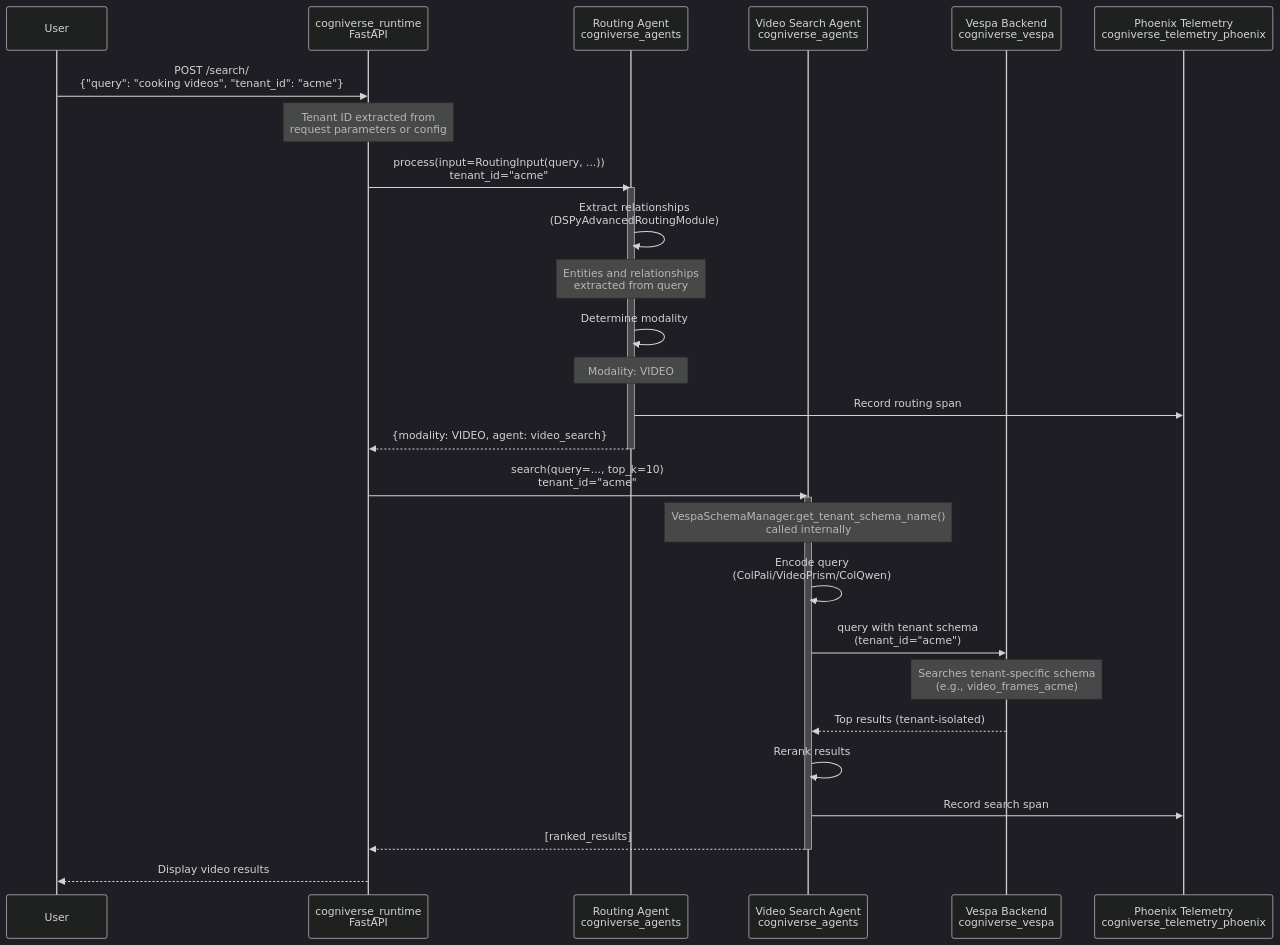
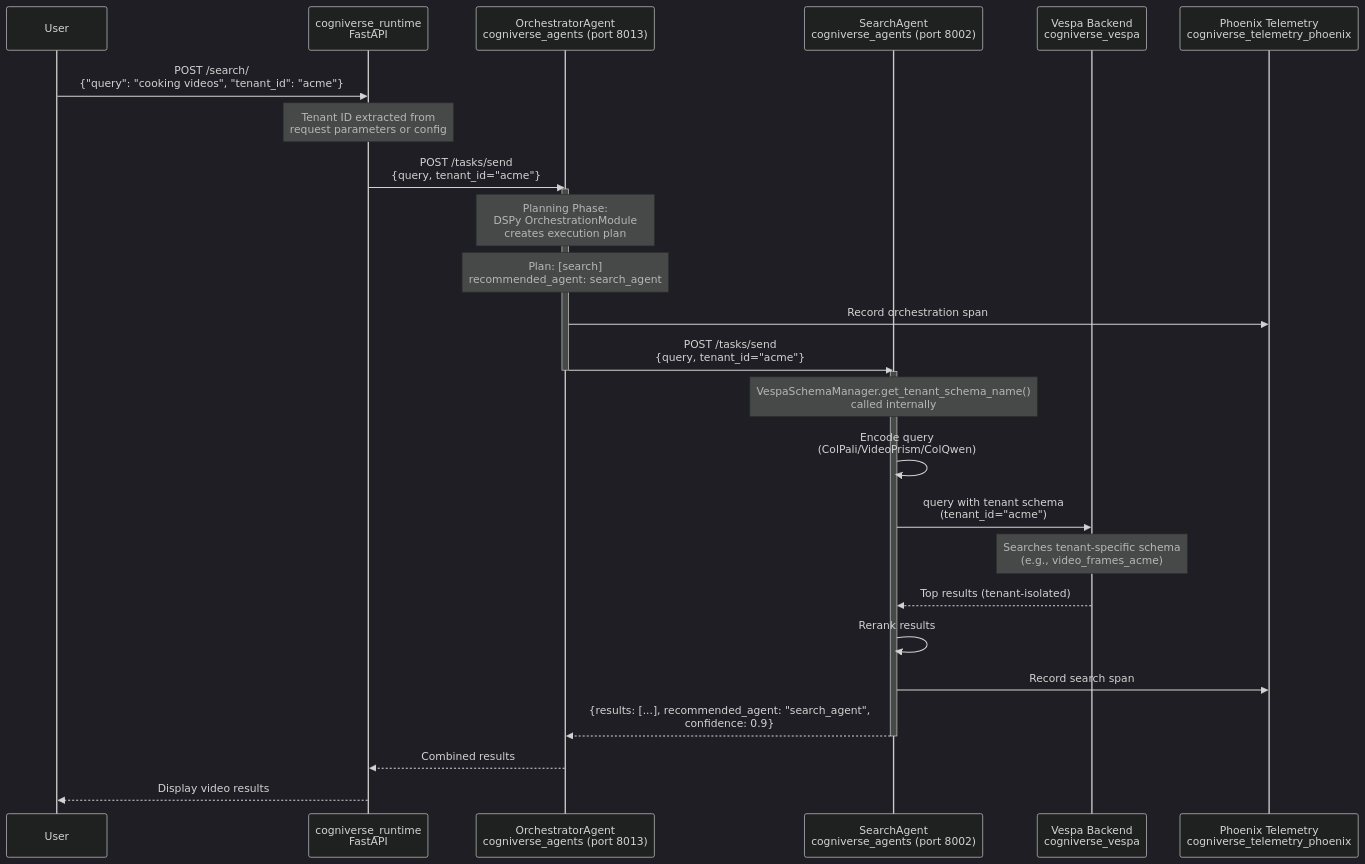
The second of 24 diagrams in docs/architecture/system-flows.md (amit-jain/cogniverse), drawn with Mermaid (dark theme) before and after one commit. The commit also changed other lines of this file and 137 other files, not shown here.

First line of the commit message:
Refactor agents to tenant-agnostic startup with per-request tenant routing

````diff
--- a/docs/architecture/system-flows.md
+++ b/docs/architecture/system-flows.md
@@ -87,39 +86,37 @@
 ```mermaid
 sequenceDiagram
     participant User
     participant Runtime as cogniverse_runtime<br/>FastAPI
-    participant Routing as Routing Agent<br/>cogniverse_agents
-    participant VideoAgent as Video Search Agent<br/>cogniverse_agents
+    participant Orchestrator as OrchestratorAgent<br/>cogniverse_agents (port 8013)
+    participant SearchAgent as SearchAgent<br/>cogniverse_agents (port 8002)
     participant Vespa as Vespa Backend<br/>cogniverse_vespa
     participant Phoenix as Phoenix Telemetry<br/>cogniverse_telemetry_phoenix
 
     User->>Runtime: POST /search/<br/>{"query": "cooking videos", "tenant_id": "acme"}
 
     Note over Runtime: Tenant ID extracted from<br/>request parameters or config
 
-    Runtime->>Routing: process(input=RoutingInput(query, ...))<br/>tenant_id="acme"
+    Runtime->>Orchestrator: POST /tasks/send<br/>{query, tenant_id="acme"}
 
-    activate Routing
-    Routing->>Routing: Extract relationships<br/>(DSPyAdvancedRoutingModule)
-    Note over Routing: Entities and relationships<br/>extracted from query
-    Routing->>Routing: Determine modality
-    Note over Routing: Modality: VIDEO
-    Routing->>Phoenix: Record routing span
-    Routing-->>Runtime: {modality: VIDEO, agent: video_search}
-    deactivate Routing
+    activate Orchestrator
+    Note over Orchestrator: Planning Phase:<br/>DSPy OrchestrationModule<br/>creates execution plan
+    Note over Orchestrator: Plan: [search]<br/>recommended_agent: search_agent
+    Orchestrator->>Phoenix: Record orchestration span
 
-    Runtime->>VideoAgent: search(query=..., top_k=10)<br/>tenant_id="acme"
+    Orchestrator->>SearchAgent: POST /tasks/send<br/>{query, tenant_id="acme"}
+    deactivate Orchestrator
 
-    activate VideoAgent
-    Note over VideoAgent: VespaSchemaManager.get_tenant_schema_name()<br/>called internally
-    VideoAgent->>VideoAgent: Encode query<br/>(ColPali/VideoPrism/ColQwen)
-    VideoAgent->>Vespa: query with tenant schema<br/>(tenant_id="acme")
+    activate SearchAgent
+    Note over SearchAgent: VespaSchemaManager.get_tenant_schema_name()<br/>called internally
+    SearchAgent->>SearchAgent: Encode query<br/>(ColPali/VideoPrism/ColQwen)
+    SearchAgent->>Vespa: query with tenant schema<br/>(tenant_id="acme")
     Note over Vespa: Searches tenant-specific schema<br/>(e.g., video_frames_acme)
-    Vespa-->>VideoAgent: Top results (tenant-isolated)
-    VideoAgent->>VideoAgent: Rerank results
-    VideoAgent->>Phoenix: Record search span
-    VideoAgent-->>Runtime: [ranked_results]
-    deactivate VideoAgent
+    Vespa-->>SearchAgent: Top results (tenant-isolated)
+    SearchAgent->>SearchAgent: Rerank results
+    SearchAgent->>Phoenix: Record search span
+    SearchAgent-->>Orchestrator: {results: [...], recommended_agent: "search_agent",<br/>confidence: 0.9}
+    deactivate SearchAgent
 
+    Orchestrator-->>Runtime: Combined results
     Runtime-->>User: Display video results
 ```
````
